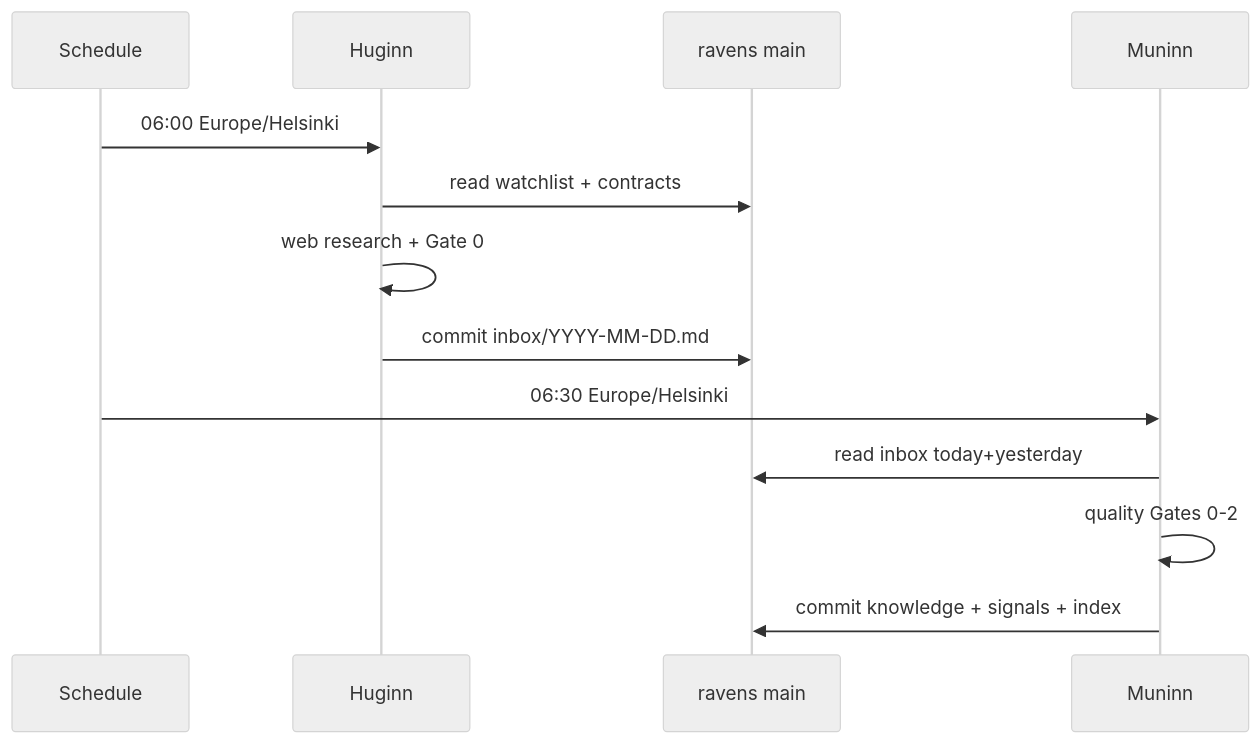
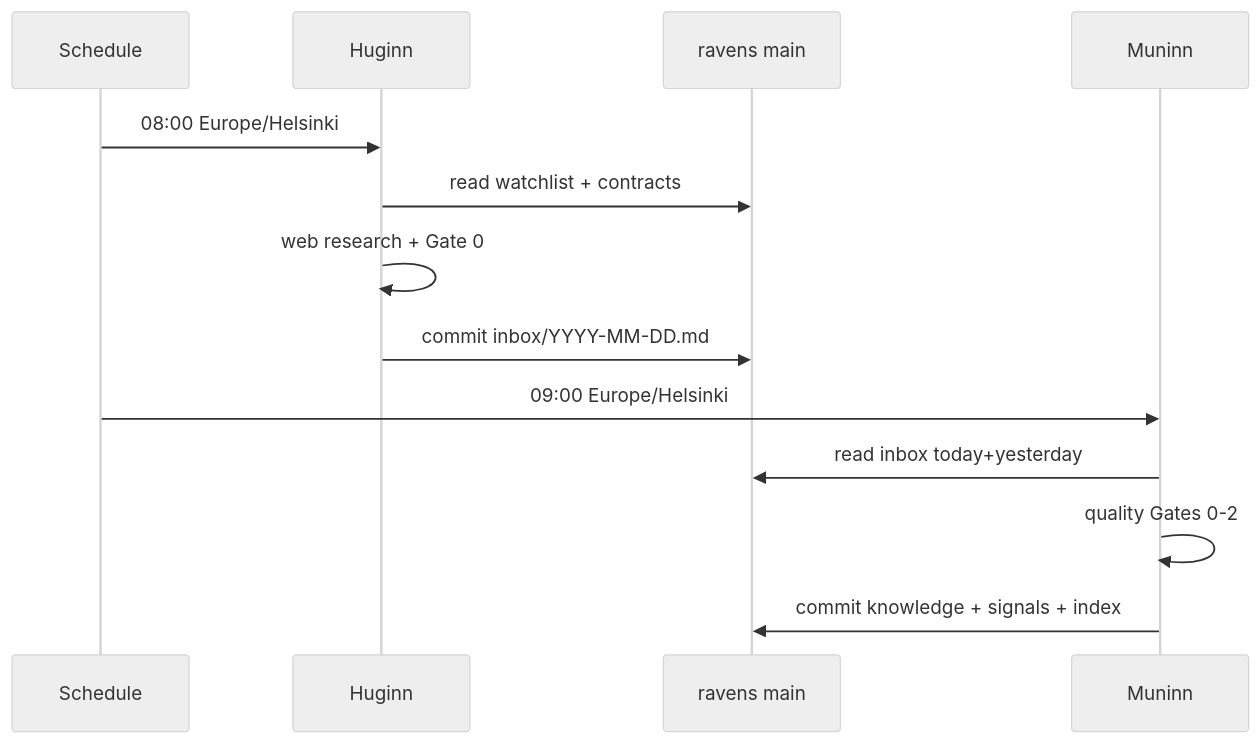
One commit to AlexTouvras/ravens changed the second of 4 diagrams in docs/architecture/overview.md. Above: the diagram before and after it, drawn with Mermaid (neutral theme). The commit also changed other lines of this file and 4 other files, not shown here.

````diff
--- a/docs/architecture/overview.md
+++ b/docs/architecture/overview.md
@@ -48,16 +48,16 @@
 ```mermaid
 sequenceDiagram
   participant Cron as Schedule
   participant H as Huginn
   participant Git as ravens main
   participant M as Muninn
 
-  Cron->>H: 06:00 Europe/Helsinki
+  Cron->>H: 08:00 Europe/Helsinki
   H->>Git: read watchlist + contracts
   H->>H: web research + Gate 0
   H->>Git: commit inbox/YYYY-MM-DD.md
-  Cron->>M: 06:30 Europe/Helsinki
+  Cron->>M: 09:00 Europe/Helsinki
   M->>Git: read inbox today+yesterday
   M->>M: quality Gates 0-2
   M->>Git: commit knowledge + signals + index
 ```
````
